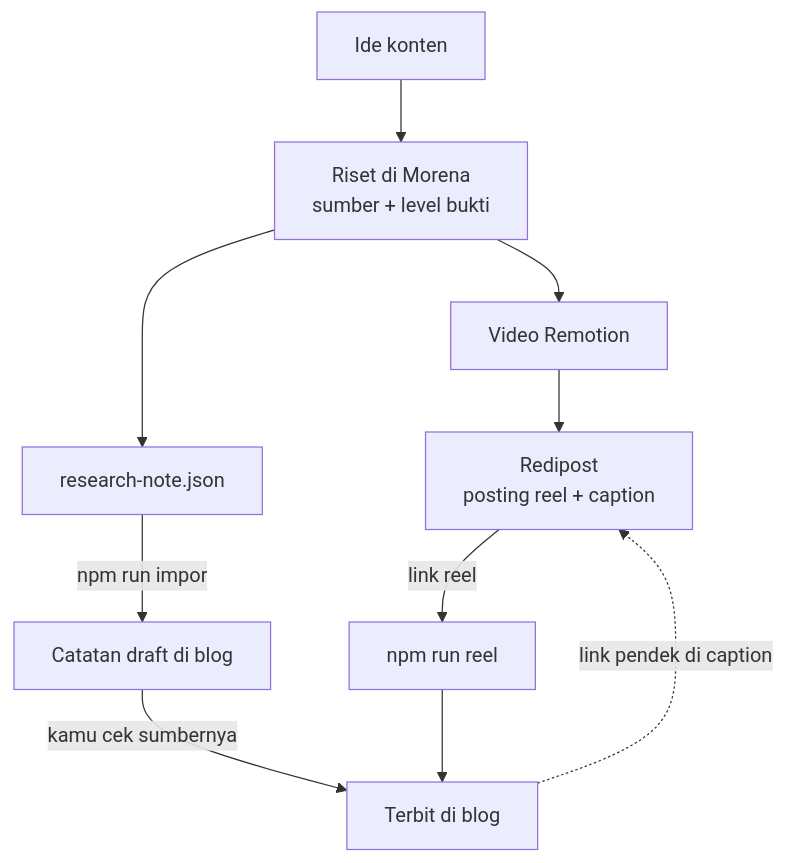
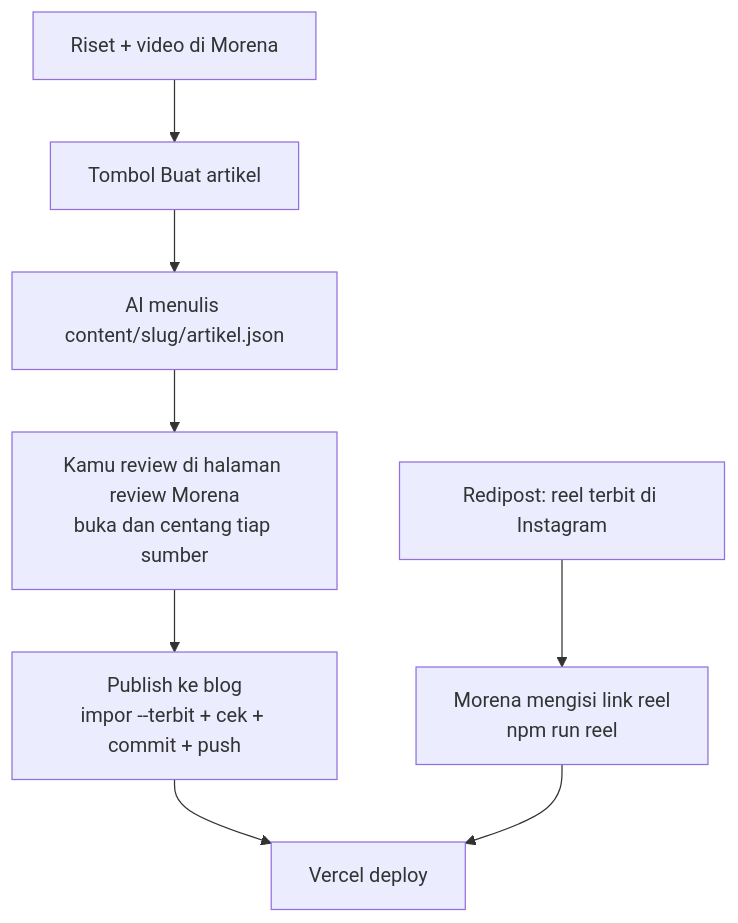
One commit to DwiMunir/only_learn0 changed the diagram in docs/03-integrasi-morena-redipost.md. Above: the diagram before and after it, drawn with Mermaid. The commit also changed other lines of this file and 5 other files, not shown here.

Commit message:
impor: --cek, --terbit, --timpa yang menjaga riwayat, --koreksi

````diff
--- a/docs/03-integrasi-morena-redipost.md
+++ b/docs/03-integrasi-morena-redipost.md
@@ -5,12 +5,10 @@
 ```mermaid
 flowchart TD
-    I[Ide konten] --> R[Riset di Morena<br/>sumber + level bukti]
-    R --> V[Video Remotion]
-    R --> N[research-note.json]
-    V --> RP[Redipost<br/>posting reel + caption]
-    N -->|npm run impor| D[Catatan draft di blog]
-    D -->|kamu cek sumbernya| P[Terbit di blog]
-    RP -->|link reel| L[npm run reel]
-    L --> P
-    P -.->|link pendek di caption| RP
+    R[Riset + video di Morena] --> B[Tombol Buat artikel]
+    B --> A[AI menulis content/slug/artikel.json]
+    A --> V[Kamu review di halaman review Morena<br/>buka dan centang tiap sumber]
+    V --> P[Publish ke blog<br/>impor --terbit + cek + commit + push]
+    P --> D[Vercel deploy]
+    RP[Redipost: reel terbit di Instagram] --> L[Morena mengisi link reel<br/>npm run reel]
+    L --> D
 ```
````
